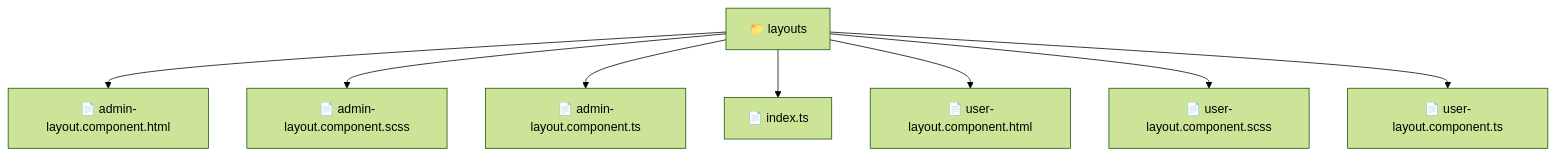
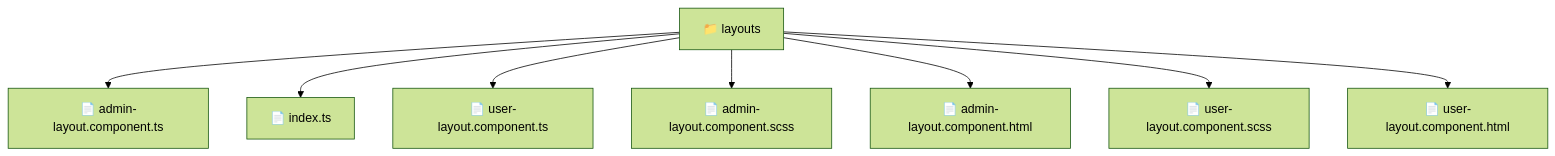
Before and after one commit to beginwebdev2002/fullstack-mavluda: the diagram in frontend/src/widgets/layouts/README.md, drawn with Mermaid (forest theme). The commit also changed other lines of this file and 164 other files, not shown here.

First line of the commit message:
docs: generate robust autonomous architectural documentation

````diff
--- a/frontend/src/widgets/layouts/README.md
+++ b/frontend/src/widgets/layouts/README.md
@@ -11,11 +11,11 @@
 ```mermaid
 graph TD
-  Root["📁 layouts"]
-  Root --> admin_layout_component_html["📄 admin-layout.component.html"]
-  Root --> admin_layout_component_scss["📄 admin-layout.component.scss"]
-  Root --> admin_layout_component_ts["📄 admin-layout.component.ts"]
-  Root --> index_ts["📄 index.ts"]
-  Root --> user_layout_component_html["📄 user-layout.component.html"]
-  Root --> user_layout_component_scss["📄 user-layout.component.scss"]
-  Root --> user_layout_component_ts["📄 user-layout.component.ts"]
+    f_layouts["📁 layouts"]
+    f_layouts --> f_admin_layout_component_ts["📄 admin-layout.component.ts"]
+    f_layouts --> f_index_ts["📄 index.ts"]
+    f_layouts --> f_user_layout_component_ts["📄 user-layout.component.ts"]
+    f_layouts --> f_admin_layout_component_scss["📄 admin-layout.component.scss"]
+    f_layouts --> f_admin_layout_component_html["📄 admin-layout.component.html"]
+    f_layouts --> f_user_layout_component_scss["📄 user-layout.component.scss"]
+    f_layouts --> f_user_layout_component_html["📄 user-layout.component.html"]
 ```
````
